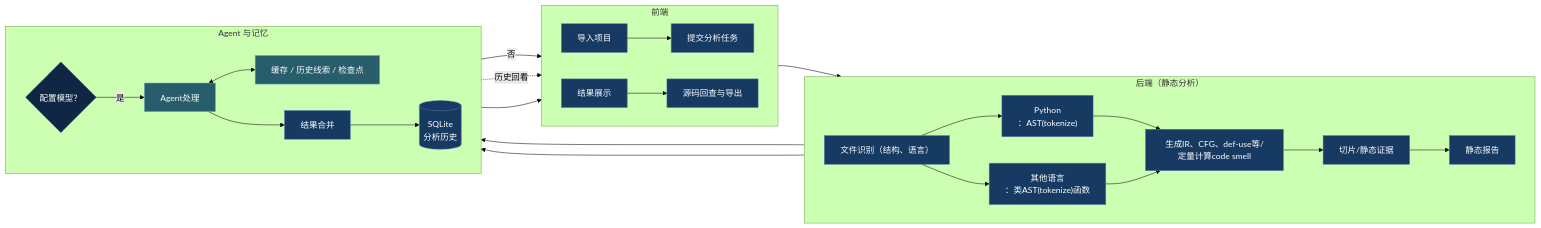
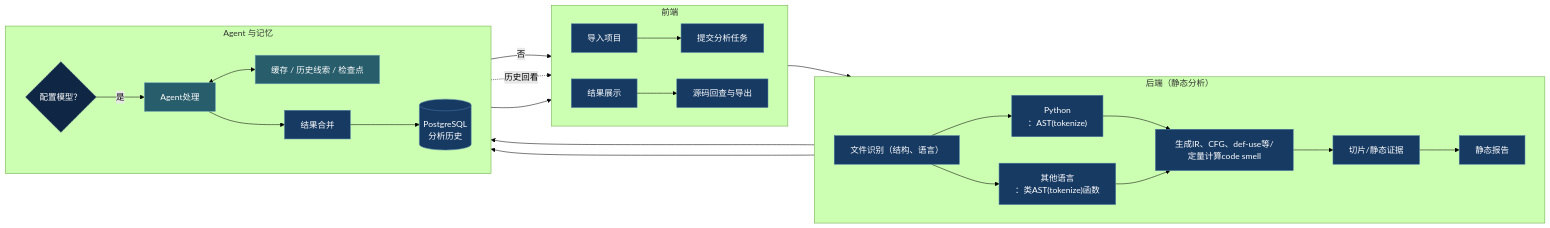
The second of 5 diagrams in docs/slides/slides.md (kane0204/CodeLens), drawn with Mermaid (forest theme) before and after one commit. The commit also changed other lines of this file, not shown here.

````diff
--- a/docs/slides/slides.md
+++ b/docs/slides/slides.md
@@ -174,49 +167,49 @@
 ```mermaid
 flowchart LR
     subgraph FE["前端"]
         direction LR
         A["导入项目"] --> B["提交分析任务"]
         U["结果展示"] --> X["源码回查与导出"]
     end
 
     subgraph CORE["后端（静态分析）"]
         direction LR
         C["文件识别（结构、语言）"] --> P["Python<br/>：AST(tokenize)"]
         C --> G["其他语言<br/>：类AST(tokenize)函数"]
         P --> R["生成IR、CFG、def-use等/定量计算code smell"]
         G --> R
         R --> E["切片/静态证据"]
         E --> S["静态报告"]
     end
 
     subgraph MEM["Agent 与记忆"]
         direction LR
         Q{"配置模型？"}
         AG["Agent处理"]
         MC["缓存 / 历史线索 / 检查点"]
         AR["结果合并"]
-        DB[("SQLite<br/>分析历史")]
+        DB[("PostgreSQL<br/>分析历史")]
     end
 
     B --> C
     S --> Q
     Q -- "否" --> U
     Q -- "是" --> AG
 
     AG <--> MC
     AG --> AR
     S --> DB
     AR --> DB
     DB -. "历史回看" .-> U
     AR --> U
 
     classDef input fill:#173a63,stroke:#4b78a6,color:#fff;
     classDef decision fill:#0f2744,stroke:#7895b2,stroke-dasharray:4 3,color:#fff;
     classDef agent fill:#285d6b,stroke:#71a9b8,color:#fff;
     classDef output fill:#173a63,stroke:#4b78a6,color:#fff;
 
     class A,B,C,P,G input;
     class Q decision;
     class AG,MC agent;
     class R,E,S,AR,DB,U,X output;
 ```
````
